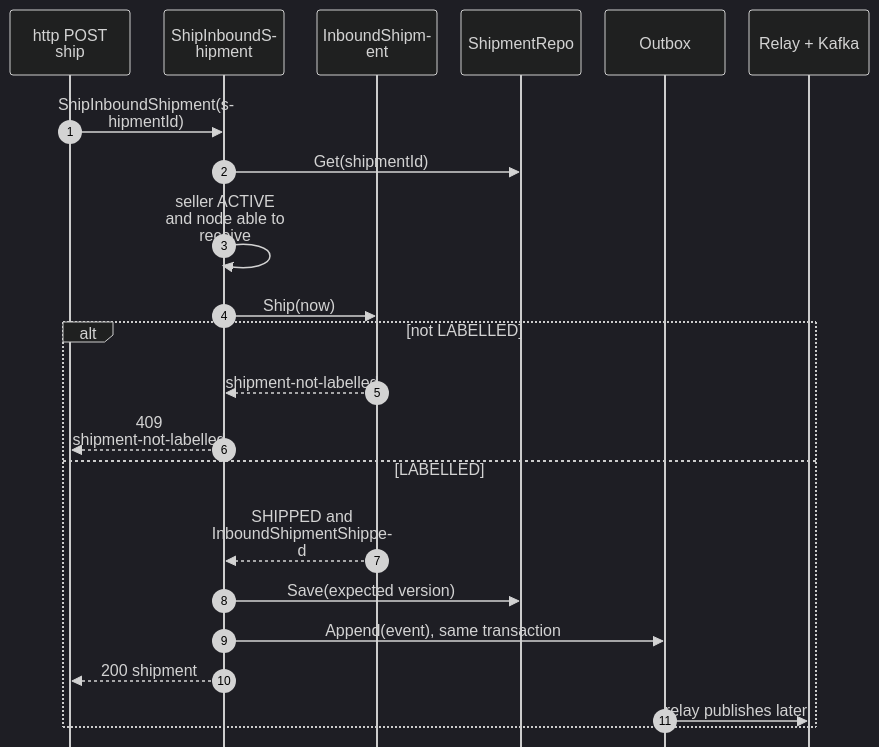
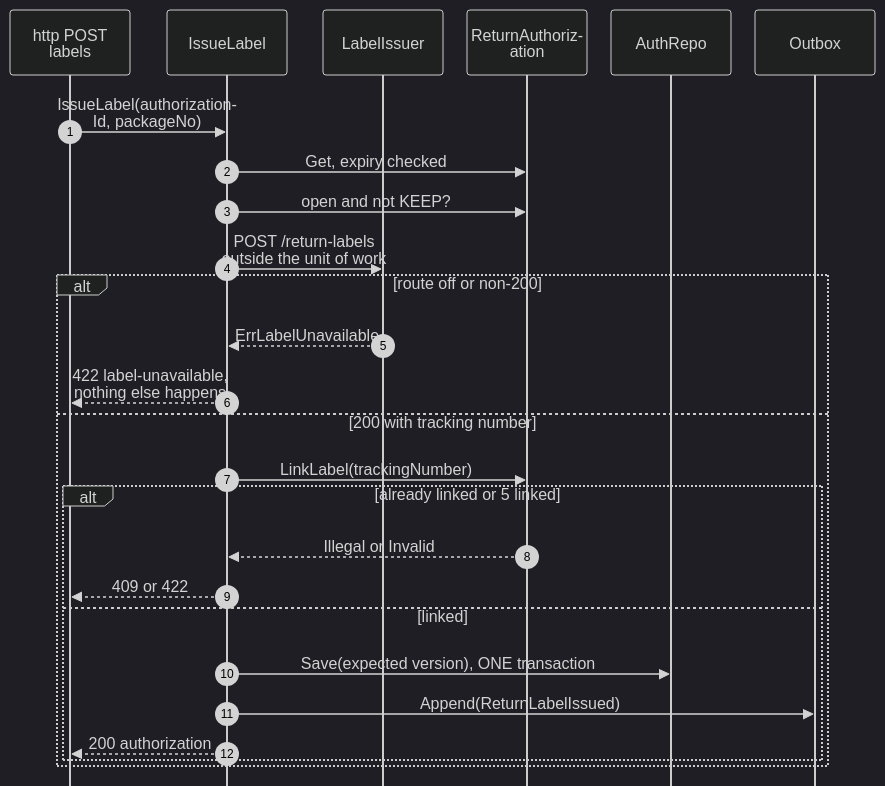
The second of 4 diagrams in docs/docs/ddd/sequence-diagrams.md (IQVO/customer-returns), drawn with Mermaid (dark theme) before and after one commit. The commit also changed other lines of this file and 13 other files, not shown here.

````diff
--- a/docs/docs/ddd/sequence-diagrams.md
+++ b/docs/docs/ddd/sequence-diagrams.md
@@ -61,25 +63,29 @@
 ```mermaid
 %%{init: {"sequence": {"wrap": true, "width": 120, "actorMargin": 24, "messageMargin": 28, "boxMargin": 6, "noteMargin": 6, "mirrorActors": false}}}%%
 sequenceDiagram
     autonumber
-    participant H as http POST ship
-    participant UC as ShipInboundShipment
-    participant A as InboundShipment
-    participant R as ShipmentRepo
+    participant H as http POST labels
+    participant UC as IssueLabel
+    participant L as LabelIssuer
+    participant A as ReturnAuthorization
+    participant R as AuthRepo
     participant OB as Outbox
-    participant K as Relay + Kafka
-    H->>UC: ShipInboundShipment(shipmentId)
-    UC->>R: Get(shipmentId)
-    UC->>UC: seller ACTIVE and node able to receive
-    UC->>A: Ship(now)
-    alt not LABELLED
-        A-->>UC: shipment-not-labelled
-        UC-->>H: 409 shipment-not-labelled
-    else LABELLED
-        A-->>UC: SHIPPED and InboundShipmentShipped
-        UC->>R: Save(expected version)
-        UC->>OB: Append(event), same transaction
-        UC-->>H: 200 shipment
-        OB->>K: relay publishes later
+    H->>UC: IssueLabel(authorizationId, packageNo)
+    UC->>A: Get, expiry checked
+    UC->>A: open and not KEEP?
+    UC->>L: POST /return-labels outside the unit of work
+    alt route off or non-200
+        L-->>UC: ErrLabelUnavailable
+        UC-->>H: 422 label-unavailable, nothing else happens
+    else 200 with tracking number
+        UC->>A: LinkLabel(trackingNumber)
+        alt already linked or 5 linked
+            A-->>UC: Illegal or Invalid
+            UC-->>H: 409 or 422
+        else linked
+            UC->>R: Save(expected version), ONE transaction
+            UC->>OB: Append(ReturnLabelIssued)
+            UC-->>H: 200 authorization
+        end
     end
 ```
````
